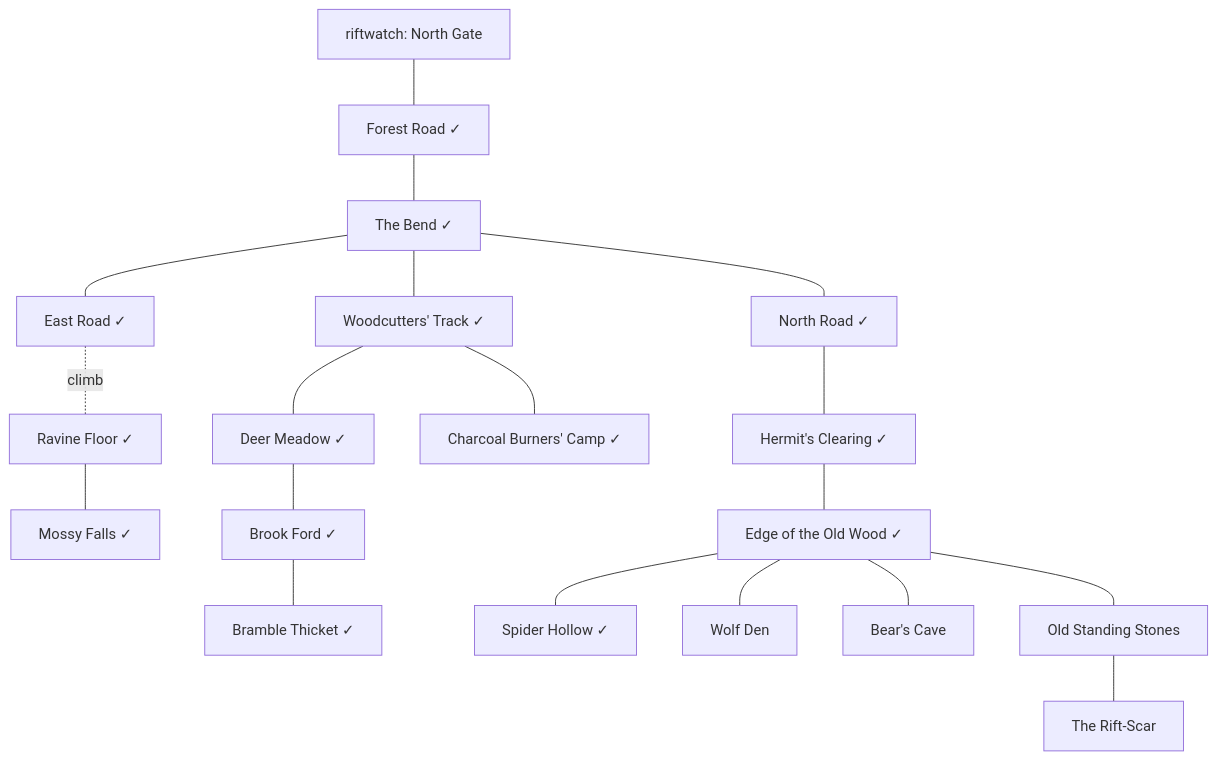
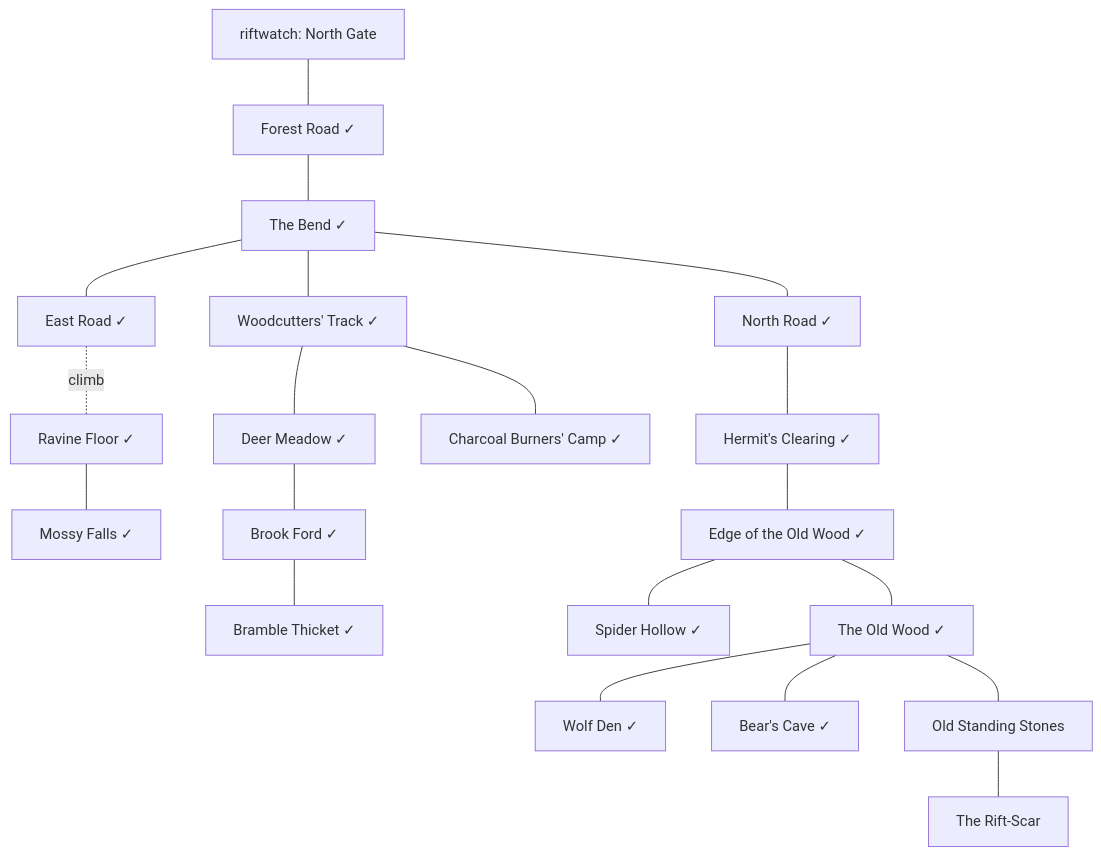
The diagram in docs/darkwood.md (Aaqibhafeezkhan/riftward), drawn with Mermaid before and after one commit. The commit also changed other lines of this file and 5 other files, not shown here.

First line of the commit message:
Build the deep wood's heart

````diff
--- a/docs/darkwood.md
+++ b/docs/darkwood.md
@@ -13,21 +13,22 @@
 ```mermaid
 flowchart TB
     gate[riftwatch: North Gate] --- road[Forest Road ✓]
     road --- bend[The Bend ✓]
     bend --- north[North Road ✓]
     north --- clearing[Hermit's Clearing ✓]
     bend --- east[East Road ✓]
     east -. climb .- ravine[Ravine Floor ✓]
     ravine --- pool[Mossy Falls ✓]
     bend --- track[Woodcutters' Track ✓]
     track --- camp[Charcoal Burners' Camp ✓]
     track --- meadow[Deer Meadow ✓]
     meadow --- brook[Brook Ford ✓]
     brook --- thicket[Bramble Thicket ✓]
     clearing --- deep[Edge of the Old Wood ✓]
     deep --- hollow[Spider Hollow ✓]
-    deep --- den[Wolf Den]
-    deep --- cave[Bear's Cave]
-    deep --- stones[Old Standing Stones]
+    deep --- old[The Old Wood ✓]
+    old --- den[Wolf Den ✓]
+    old --- cave[Bear's Cave ✓]
+    old --- stones[Old Standing Stones]
     stones --- scar[The Rift-Scar]
 ```
````
